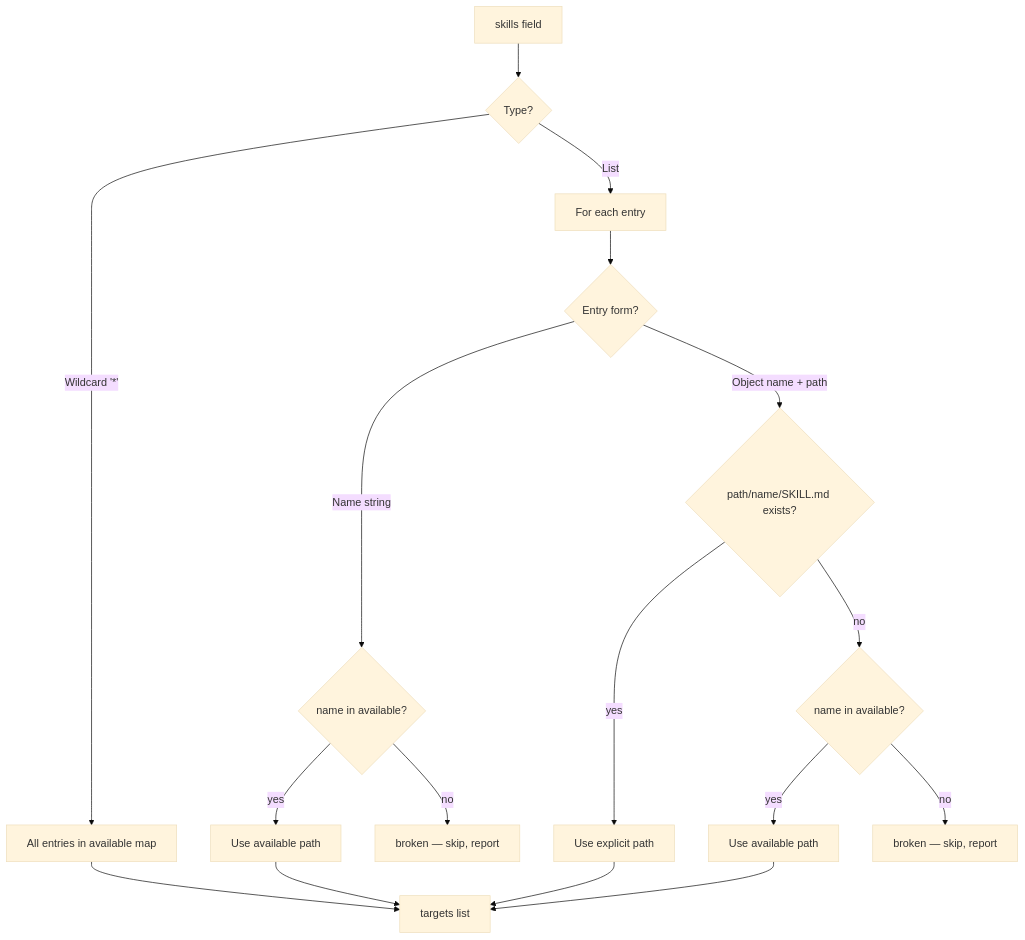
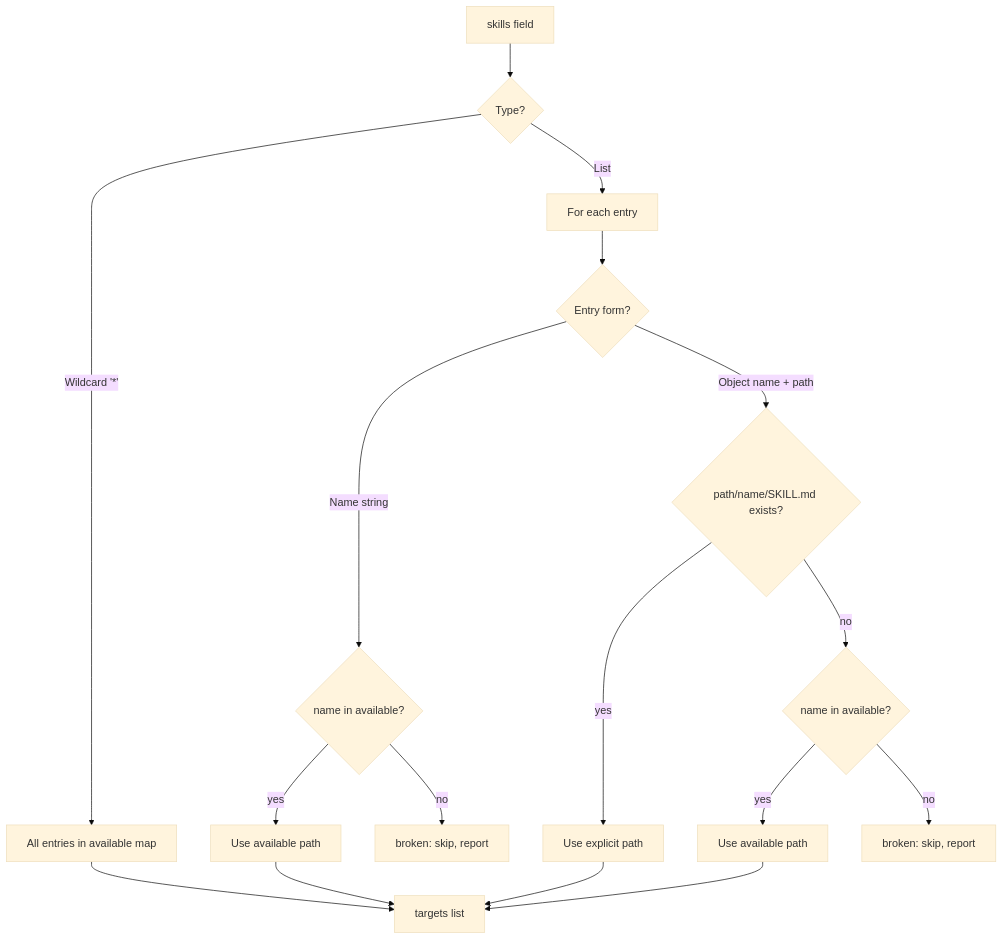
One commit to pivoshenko/kasetto changed the fourth of 10 diagrams in site/content/docs/sync-flow.mdx. Above: the diagram before and after it, drawn with Mermaid (base theme). The commit also changed other lines of this file and 23 other files, not shown here.

````diff
--- a/site/content/docs/sync-flow.mdx
+++ b/site/content/docs/sync-flow.mdx
@@ -85,23 +85,23 @@
 ```mermaid
 flowchart TD
     A[skills field] --> B{Type?}
 
     B -->|Wildcard '*'| C[All entries in available map]
 
     B -->|List| D[For each entry]
     D --> E{Entry form?}
     E -->|Name string| F{name in available?}
     F -->|yes| G[Use available path]
-    F -->|no| H[broken — skip, report]
+    F -->|no| H[broken: skip, report]
 
     E -->|Object name + path| I{path/name/SKILL.md exists?}
     I -->|yes| J[Use explicit path]
     I -->|no| K{name in available?}
     K -->|yes| L[Use available path]
-    K -->|no| M[broken — skip, report]
+    K -->|no| M[broken: skip, report]
 
     C --> N[targets list]
     G --> N
     J --> N
     L --> N
 ```
````
